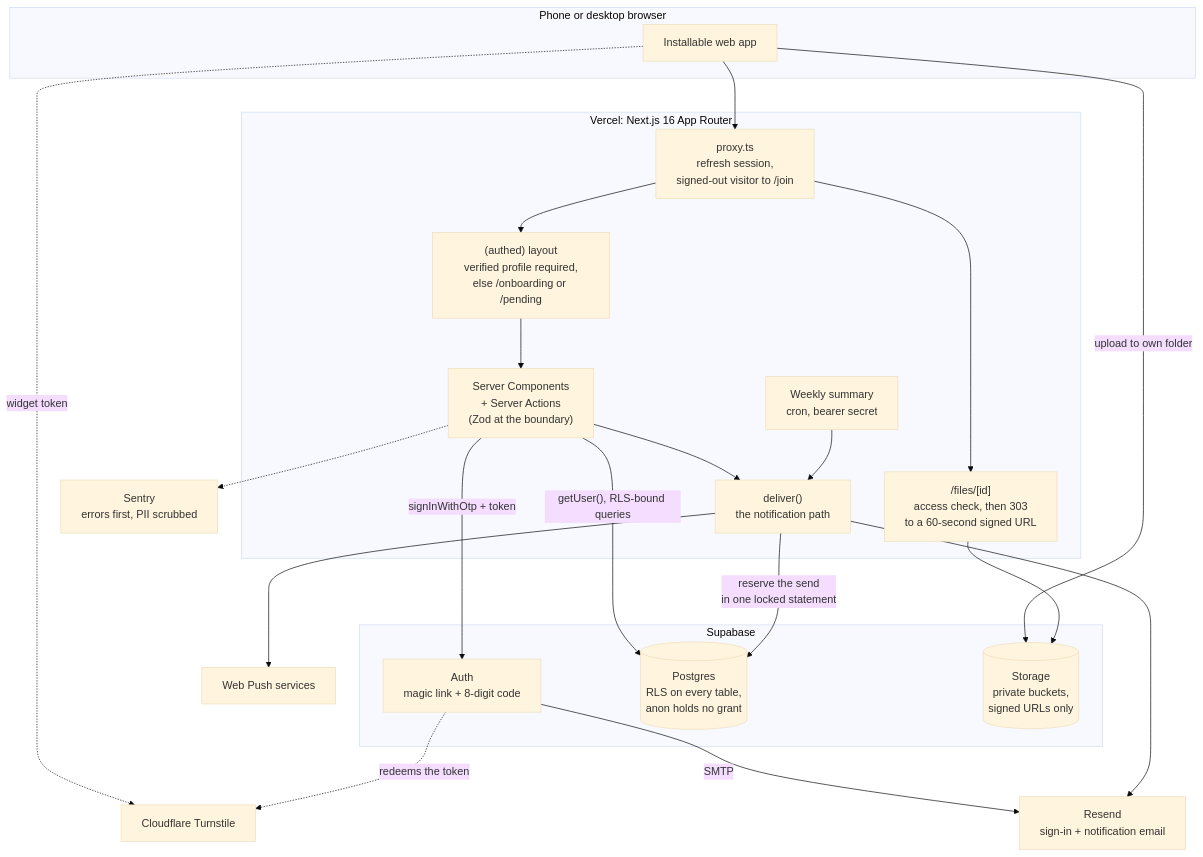
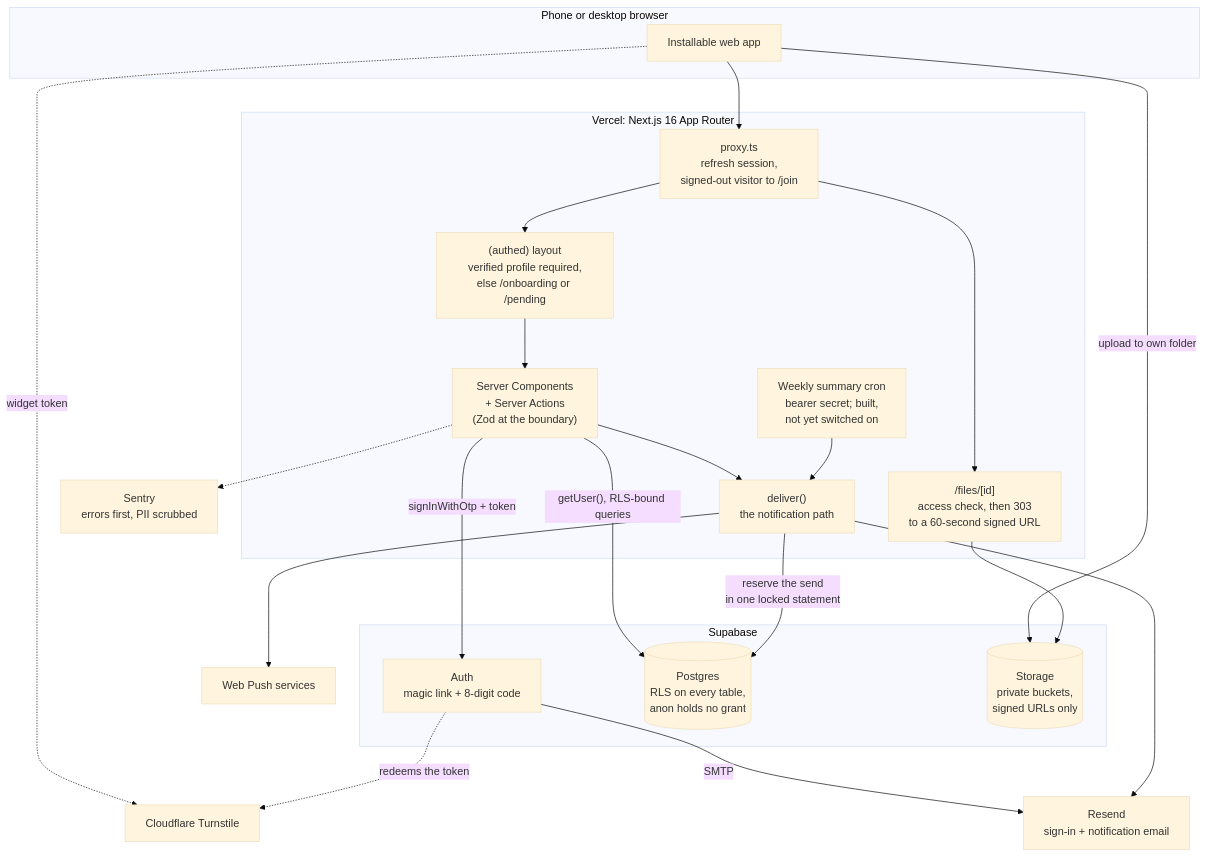
The diagram in README.md (AIJSAI/on-the-lees-showcase), drawn with Mermaid (base theme) before and after one commit. The commit also changed other lines of this file and 2 other files, not shown here.

````diff
--- a/README.md
+++ b/README.md
@@ -28,42 +28,42 @@
 ```mermaid
 flowchart TB
     subgraph Client["Phone or desktop browser"]
         UI["Installable web app"]
     end
 
     subgraph Vercel["Vercel: Next.js 16 App Router"]
         PX["proxy.ts<br/>refresh session,<br/>signed-out visitor to /join"]
         LAY["(authed) layout<br/>verified profile required,<br/>else /onboarding or /pending"]
         RSC["Server Components<br/>+ Server Actions<br/>(Zod at the boundary)"]
         FILES["/files/[id]<br/>access check, then 303<br/>to a 60-second signed URL"]
         DEL["deliver()<br/>the notification path"]
-        CRON["Weekly summary<br/>cron, bearer secret"]
+        CRON["Weekly summary cron<br/>bearer secret; built,<br/>not yet switched on"]
     end
 
     subgraph Supabase["Supabase"]
         AUTH["Auth<br/>magic link + 8-digit code"]
         PG[("Postgres<br/>RLS on every table,<br/>anon holds no grant")]
         ST[("Storage<br/>private buckets,<br/>signed URLs only")]
     end
 
     TS["Cloudflare Turnstile"]
     RS["Resend<br/>sign-in + notification email"]
     WP["Web Push services"]
     SE["Sentry<br/>errors first, PII scrubbed"]
 
     UI --> PX --> LAY --> RSC
     UI -. "widget token" .-> TS
     RSC -->|"getUser(), RLS-bound queries"| PG
     RSC -->|"signInWithOtp + token"| AUTH
     AUTH -. "redeems the token" .-> TS
     AUTH -->|SMTP| RS
     UI -->|"upload to own folder"| ST
     PX --> FILES
     FILES --> ST
     RSC --> DEL
     CRON --> DEL
     DEL -->|"reserve the send<br/>in one locked statement"| PG
     DEL --> RS
     DEL --> WP
     RSC -.-> SE
 ```
````
